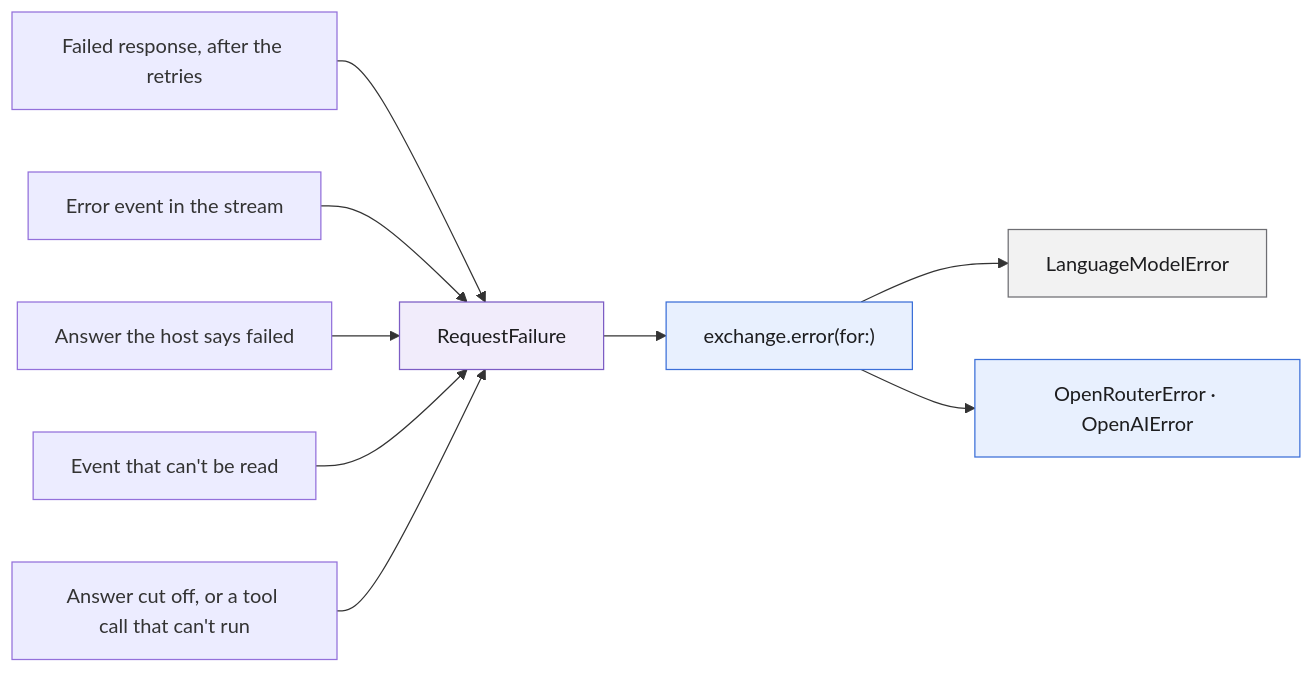
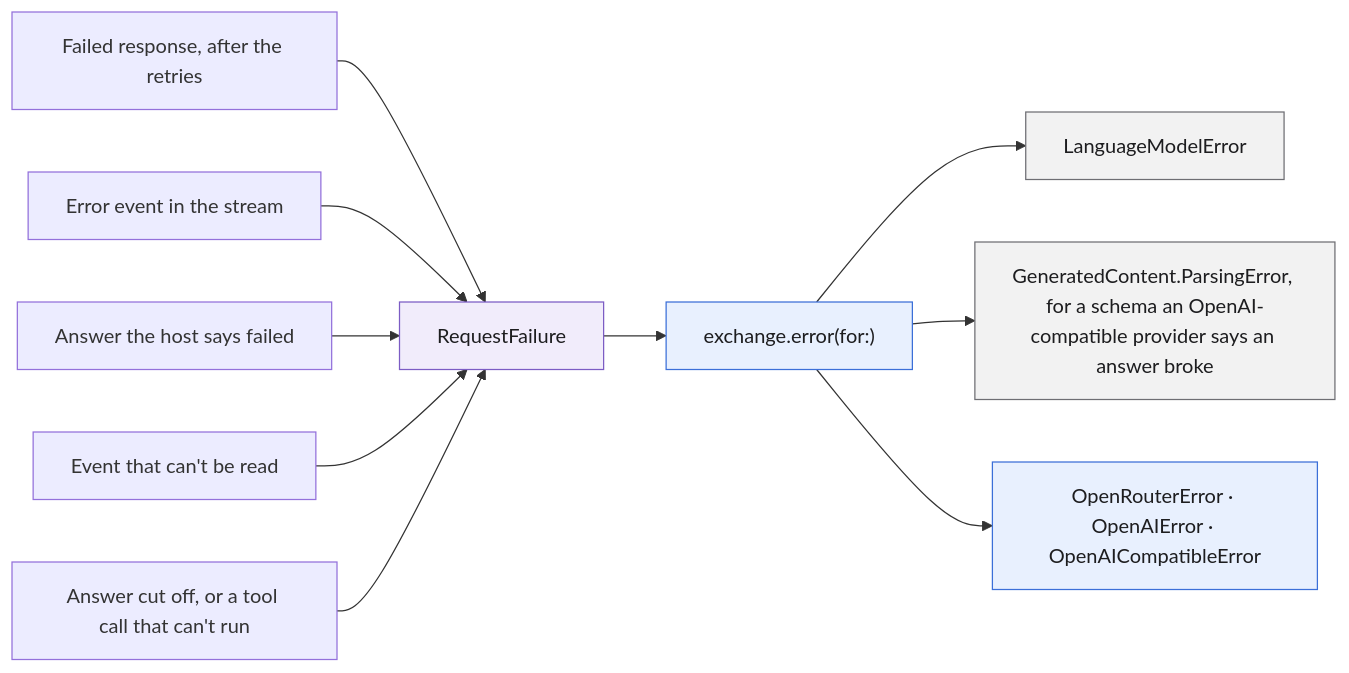
Before and after one commit to ironsparrows/swift-language-models: the fourth of 6 diagrams in ARCHITECTURE.md, drawn with Mermaid. The commit also changed other lines of this file and 179 other files, not shown here.

````diff
--- a/ARCHITECTURE.md
+++ b/ARCHITECTURE.md
@@ -231,15 +250,16 @@
 ```mermaid
 flowchart LR
     rejected["Failed response, after the retries"] --> failure
     event["Error event in the stream"] --> failure
     failed["Answer the host says failed"] --> failure
     unreadable["Event that can't be read"] --> failure
     unusable["Answer cut off, or a tool call that can't run"] --> failure
     failure["RequestFailure"]:::package --> map["exchange.error(for:)"]:::provider
     map --> foundation["LanguageModelError"]:::apple
-    map --> own["OpenRouterError · OpenAIError"]:::provider
+    map --> parsing["GeneratedContent.ParsingError, for a schema an OpenAI-compatible provider says an answer broke"]:::apple
+    map --> own["OpenRouterError · OpenAIError · OpenAICompatibleError"]:::provider
 
     classDef package fill:#f1ecfb,stroke:#7c5cc4,color:#1d1d1f
     classDef provider fill:#e8f0fe,stroke:#3b6fd8,color:#1d1d1f
     classDef apple fill:#f2f2f2,stroke:#6e6e73,color:#1d1d1f
 ```
````
